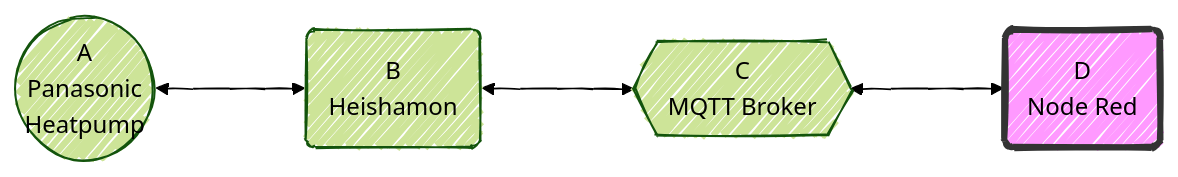
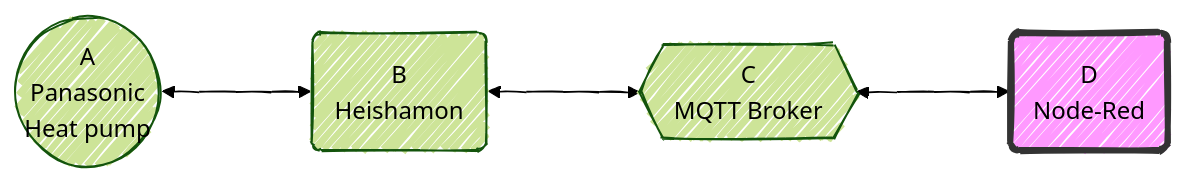
Before and after one commit to solhuebner/NodeRed_Heishamon_control: the diagram in readme.md, drawn with Mermaid. The commit also changed other lines of this file, not shown here.

````diff
--- a/readme.md
+++ b/readme.md
@@ -62,17 +62,17 @@
 ```mermaid
 ---
 config:
   look: handDrawn
   theme: forest
 ---
 flowchart LR
     A((A
 		Panasonic    
-		Heatpump)) <---> B(B
+		Heat pump)) <---> B(B
 		Heishamon)
 	B <---> C{{C
 		MQTT Broker}}
     C <---> D(D
-		Node Red)
+		Node-Red)
 	style D fill:#f9f,stroke:#333,stroke-width:4px
 ```
````
